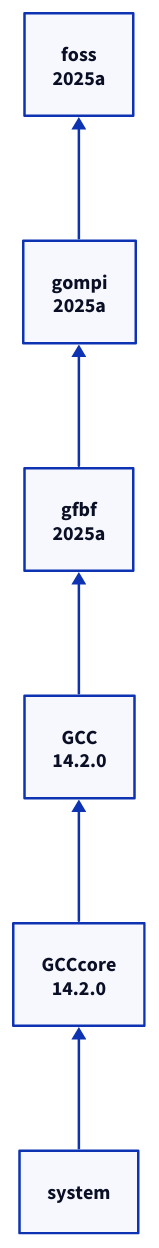
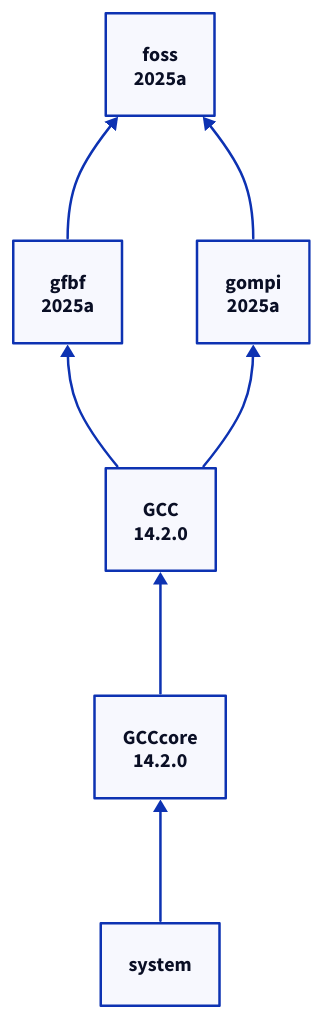
Before and after one commit to HaoZeke/what-easybuild-is-doing: the diagram in source/_static/diagrams/foss-2025a-hierarchy.d2, drawn with D2. The commit also changed 4 other files, not shown here.

```diff
--- a/source/_static/diagrams/foss-2025a-hierarchy.d2
+++ b/source/_static/diagrams/foss-2025a-hierarchy.d2
@@ -1,8 +1,12 @@
 direction: up
 system
 GCCcore: GCCcore\n14.2.0
 GCC: GCC\n14.2.0
 gfbf: gfbf\n2025a
 gompi: gompi\n2025a
 foss: foss\n2025a
-system -> GCCcore -> GCC -> gfbf -> gompi -> foss
+system -> GCCcore -> GCC
+GCC -> gfbf
+GCC -> gompi
+gfbf -> foss
+gompi -> foss
```
